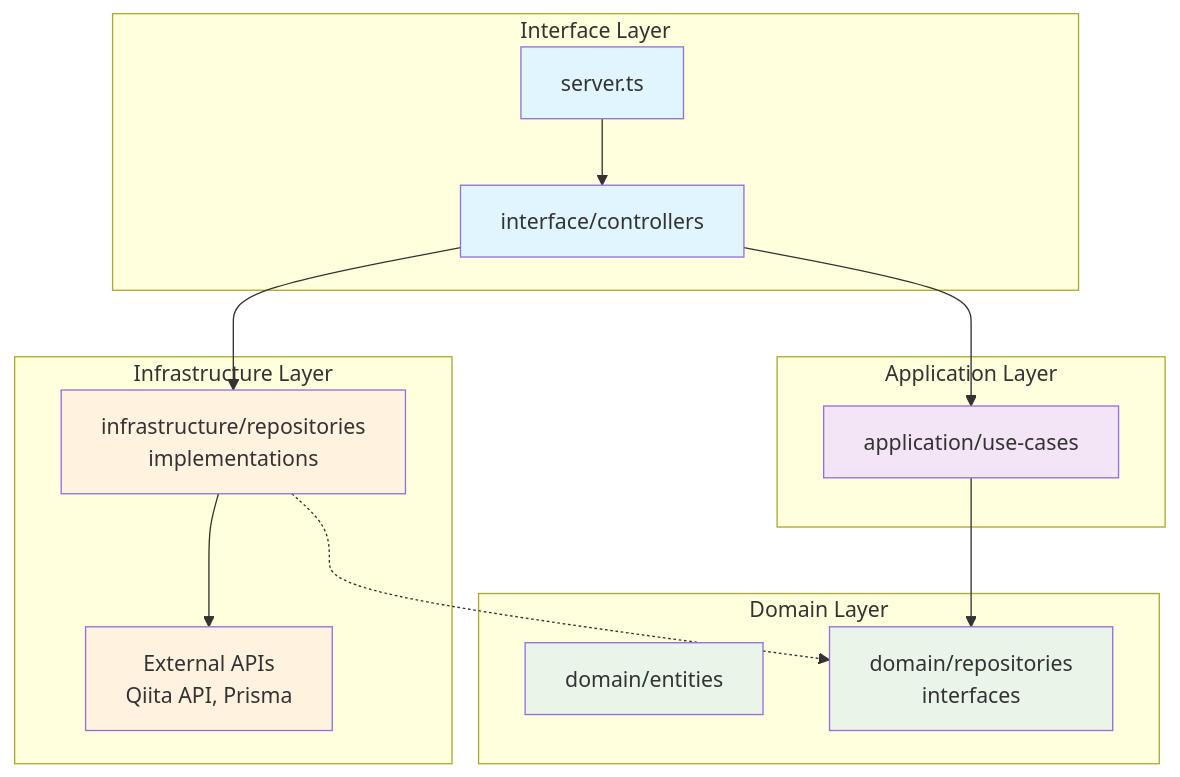
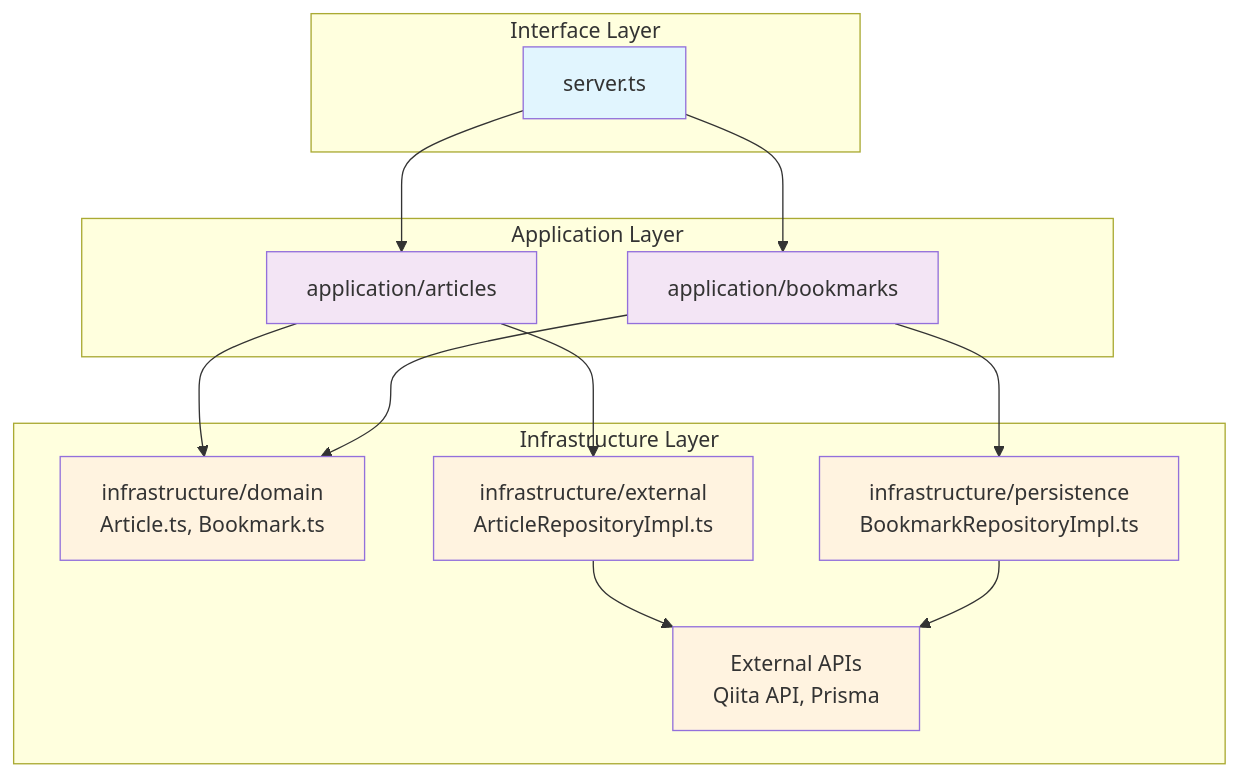
Before and after one commit to ksugawara61/expo-template: the diagram in graphql/README.md, drawn with Mermaid. The commit also changed other lines of this file, not shown here.

````diff
--- a/graphql/README.md
+++ b/graphql/README.md
@@ -50,41 +50,38 @@
 ```mermaid
 graph TD
     %% Layers
     subgraph "Interface Layer"
         Server[server.ts]
-        Controllers[interface/controllers]
     end
 
     subgraph "Application Layer"
-        UseCases[application/use-cases]
-    end
-
-    subgraph "Domain Layer"
-        Entities[domain/entities]
-        RepoInterfaces[domain/repositories<br/>interfaces]
+        Articles[application/articles]
+        Bookmarks[application/bookmarks]
     end
 
     subgraph "Infrastructure Layer"
-        RepoImpl[infrastructure/repositories<br/>implementations]
+        Domain[infrastructure/domain<br/>Article.ts, Bookmark.ts]
+        External[infrastructure/external<br/>ArticleRepositoryImpl.ts]
+        Persistence[infrastructure/persistence<br/>BookmarkRepositoryImpl.ts]
         ExternalAPIs[External APIs<br/>Qiita API, Prisma]
     end
 
     %% Dependencies
-    Server --> Controllers
-    Controllers --> UseCases
-    UseCases --> RepoInterfaces
-    RepoImpl -.-> RepoInterfaces
-    RepoImpl --> ExternalAPIs
-    Controllers --> RepoImpl
+    Server --> Articles
+    Server --> Bookmarks
+    Articles --> Domain
+    Bookmarks --> Domain
+    Articles --> External
+    Bookmarks --> Persistence
+    External --> ExternalAPIs
+    Persistence --> ExternalAPIs
 
     %% Styling
     classDef interface fill:#e1f5fe
     classDef application fill:#f3e5f5
-    classDef domain fill:#e8f5e8
     classDef infrastructure fill:#fff3e0
 
-    class Server,Controllers interface
-    class UseCases application
-    class Entities,RepoInterfaces domain
-    class RepoImpl,ExternalAPIs infrastructure
+    class Server interface
+    class Articles,Bookmarks application
+    class Domain,External,Persistence,ExternalAPIs infrastructure
 ```
````
